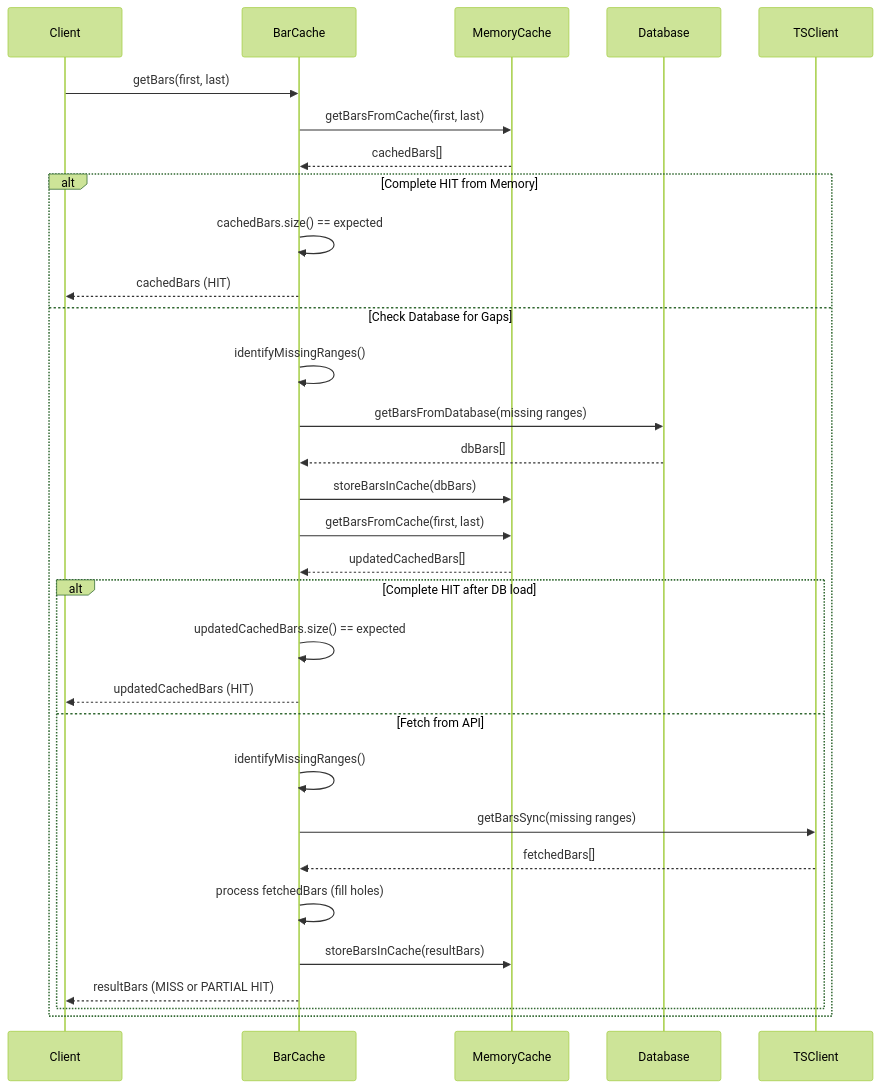
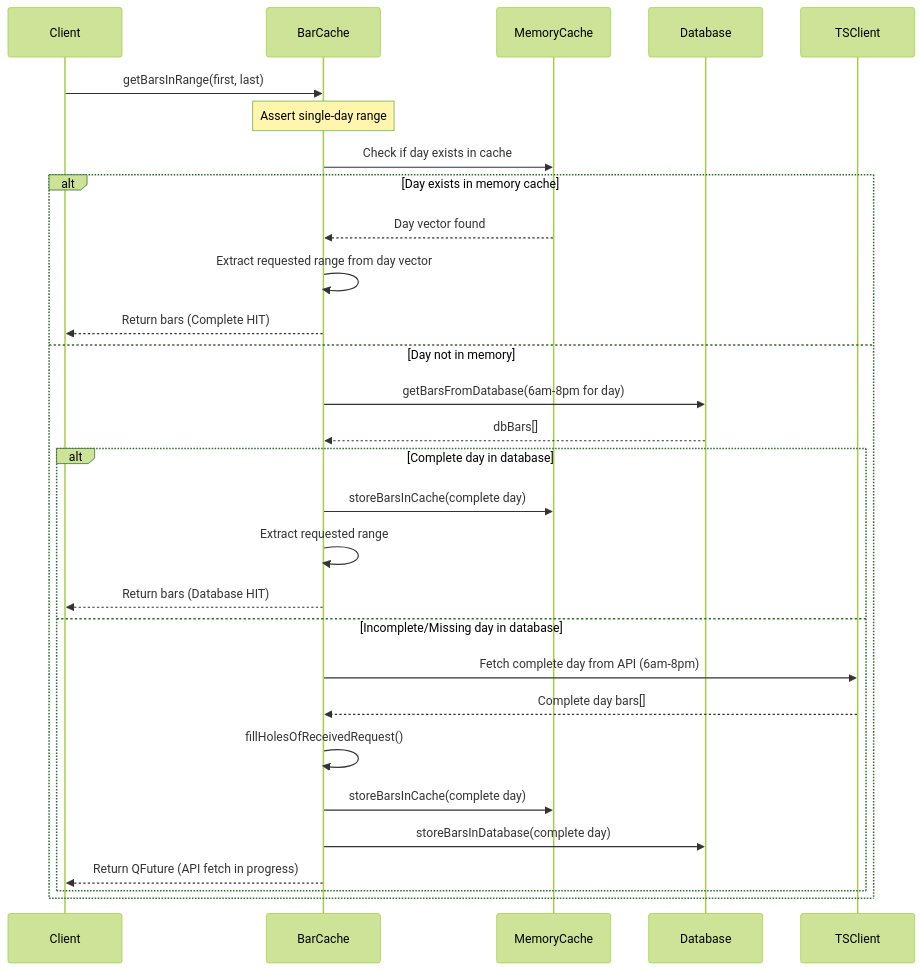
Before and after one commit to simonbeaudoin0935/OpenTraderPlatform: the third of 6 diagrams in Src/Core/Cache/BarCache/BarCache.md, drawn with Mermaid (forest theme). The commit also changed other lines of this file and 76 other files, not shown here.

````diff
--- a/Src/Core/Cache/BarCache/BarCache.md
+++ b/Src/Core/Cache/BarCache/BarCache.md
@@ -107,38 +108,35 @@
 ```mermaid
 sequenceDiagram
     participant Client
     participant BarCache
     participant MemoryCache
     participant Database
     participant TSClient
 
-    Client->>BarCache: getBars(first, last)
+    Client->>BarCache: getBarsInRange(first, last)
+    Note over BarCache: Assert single-day range
     
-    BarCache->>MemoryCache: getBarsFromCache(first, last)
-    MemoryCache-->>BarCache: cachedBars[]
+    BarCache->>MemoryCache: Check if day exists in cache
     
-    alt Complete HIT from Memory
-        BarCache->>BarCache: cachedBars.size() == expected
-        BarCache-->>Client: cachedBars (HIT)
-    else Check Database for Gaps
-        BarCache->>BarCache: identifyMissingRanges()
-        BarCache->>Database: getBarsFromDatabase(missing ranges)
+    alt Day exists in memory cache
+        MemoryCache-->>BarCache: Day vector found
+        BarCache->>BarCache: Extract requested range from day vector
+        BarCache-->>Client: Return bars (Complete HIT)
+    else Day not in memory
+        BarCache->>Database: getBarsFromDatabase(6am-8pm for day)
         Database-->>BarCache: dbBars[]
-        BarCache->>MemoryCache: storeBarsInCache(dbBars)
         
-        BarCache->>MemoryCache: getBarsFromCache(first, last)
-        MemoryCache-->>BarCache: updatedCachedBars[]
-        
-        alt Complete HIT after DB load
-            BarCache->>BarCache: updatedCachedBars.size() == expected
-            BarCache-->>Client: updatedCachedBars (HIT)
-        else Fetch from API
-            BarCache->>BarCache: identifyMissingRanges()
-            BarCache->>TSClient: getBarsSync(missing ranges)
-            TSClient-->>BarCache: fetchedBars[]
-            BarCache->>BarCache: process fetchedBars (fill holes)
-            BarCache->>MemoryCache: storeBarsInCache(resultBars)
-            BarCache-->>Client: resultBars (MISS or PARTIAL HIT)
+        alt Complete day in database
+            BarCache->>MemoryCache: storeBarsInCache(complete day)
+            BarCache->>BarCache: Extract requested range
+            BarCache-->>Client: Return bars (Database HIT)
+        else Incomplete/Missing day in database
+            BarCache->>TSClient: Fetch complete day from API (6am-8pm)
+            TSClient-->>BarCache: Complete day bars[]
+            BarCache->>BarCache: fillHolesOfReceivedRequest()
+            BarCache->>MemoryCache: storeBarsInCache(complete day)
+            BarCache->>Database: storeBarsInDatabase(complete day)
+            BarCache-->>Client: Return QFuture (API fetch in progress)
         end
     end
 ```
````
